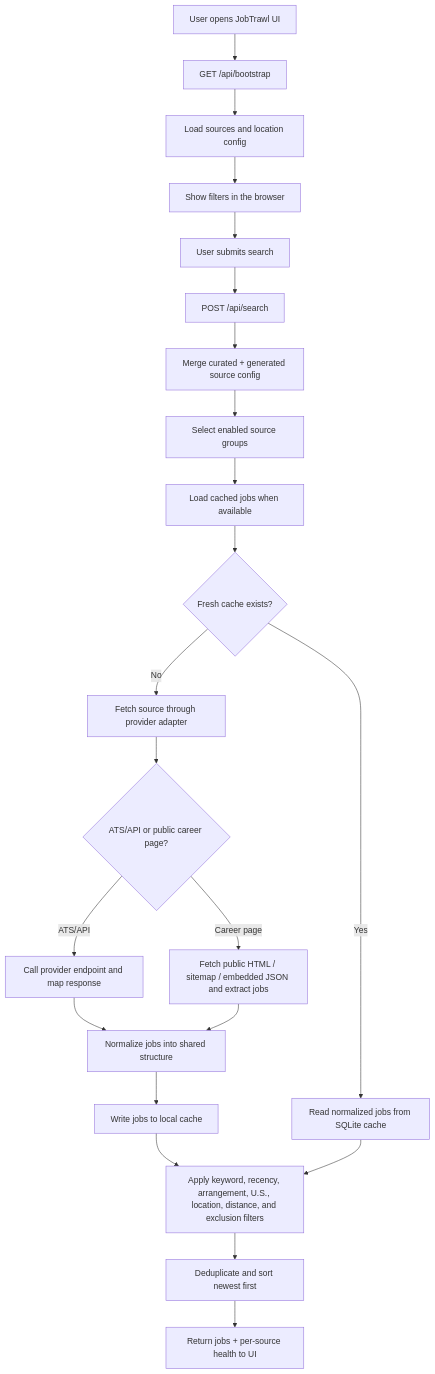
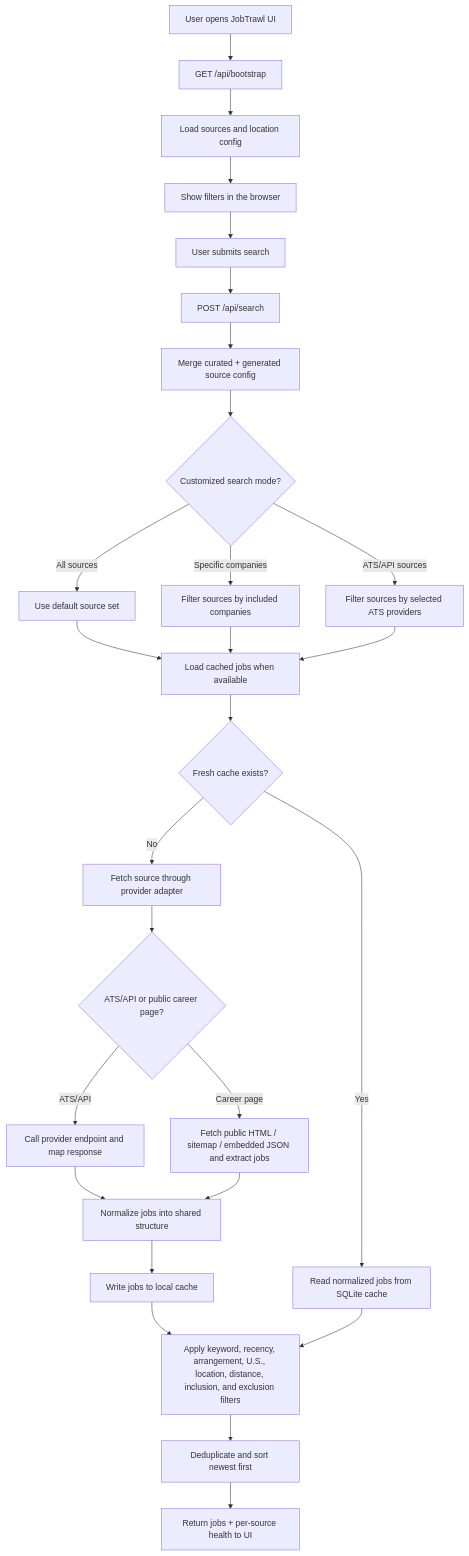
The diagram in README.md (ugraphix/JobTrawl), drawn with Mermaid before and after one commit. The commit also changed other lines of this file, not shown here.

Commit message:
Update README for company-specific customized search

````diff
--- a/README.md
+++ b/README.md
@@ -34,28 +34,33 @@
 ```mermaid
 flowchart TD
     A["User opens JobTrawl UI"] --> B["GET /api/bootstrap"]
     B --> C["Load sources and location config"]
     C --> D["Show filters in the browser"]
 
     D --> E["User submits search"]
     E --> F["POST /api/search"]
     F --> G["Merge curated + generated source config"]
-    G --> H["Select enabled source groups"]
-    H --> I["Load cached jobs when available"]
-    I --> J{"Fresh cache exists?"}
+    G --> H{"Customized search mode?"}
+    H -->|All sources| I["Use default source set"]
+    H -->|Specific companies| J["Filter sources by included companies"]
+    H -->|ATS/API sources| K["Filter sources by selected ATS providers"]
+    I --> L["Load cached jobs when available"]
+    J --> L
+    K --> L
+    L --> M{"Fresh cache exists?"}
 
-    J -->|Yes| K["Read normalized jobs from SQLite cache"]
-    J -->|No| L["Fetch source through provider adapter"]
+    M -->|Yes| N["Read normalized jobs from SQLite cache"]
+    M -->|No| O["Fetch source through provider adapter"]
 
-    L --> M{"ATS/API or public career page?"}
-    M -->|ATS/API| N["Call provider endpoint and map response"]
-    M -->|Career page| O["Fetch public HTML / sitemap / embedded JSON and extract jobs"]
+    O --> P{"ATS/API or public career page?"}
+    P -->|ATS/API| Q["Call provider endpoint and map response"]
+    P -->|Career page| R["Fetch public HTML / sitemap / embedded JSON and extract jobs"]
 
-    N --> P["Normalize jobs into shared structure"]
-    O --> P
-    P --> Q["Write jobs to local cache"]
-    Q --> R["Apply keyword, recency, arrangement, U.S., location, distance, and exclusion filters"]
-    K --> R
-    R --> S["Deduplicate and sort newest first"]
-    S --> T["Return jobs + per-source health to UI"]
+    Q --> S["Normalize jobs into shared structure"]
+    R --> S
+    S --> T["Write jobs to local cache"]
+    T --> U["Apply keyword, recency, arrangement, U.S., location, distance, inclusion, and exclusion filters"]
+    N --> U
+    U --> V["Deduplicate and sort newest first"]
+    V --> W["Return jobs + per-source health to UI"]
 ```
````
